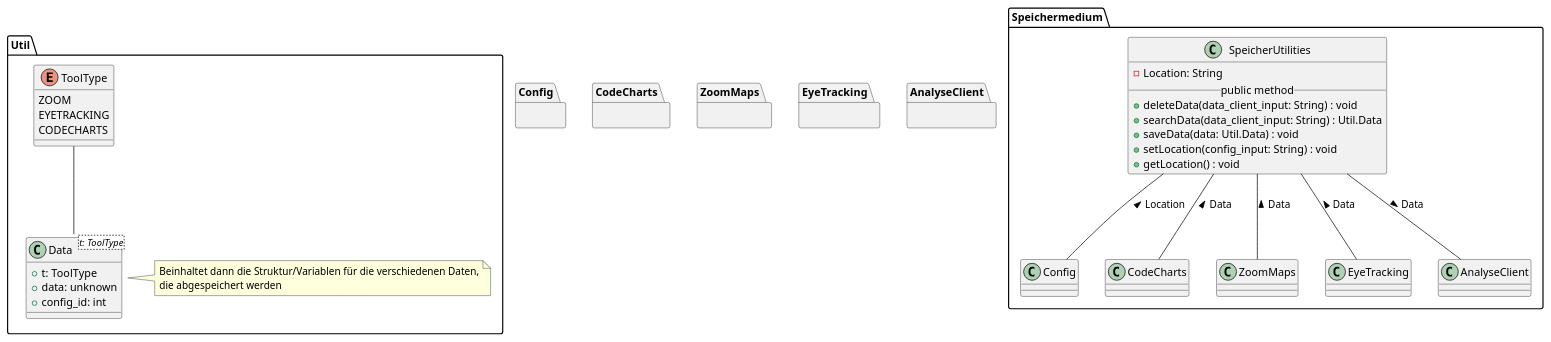
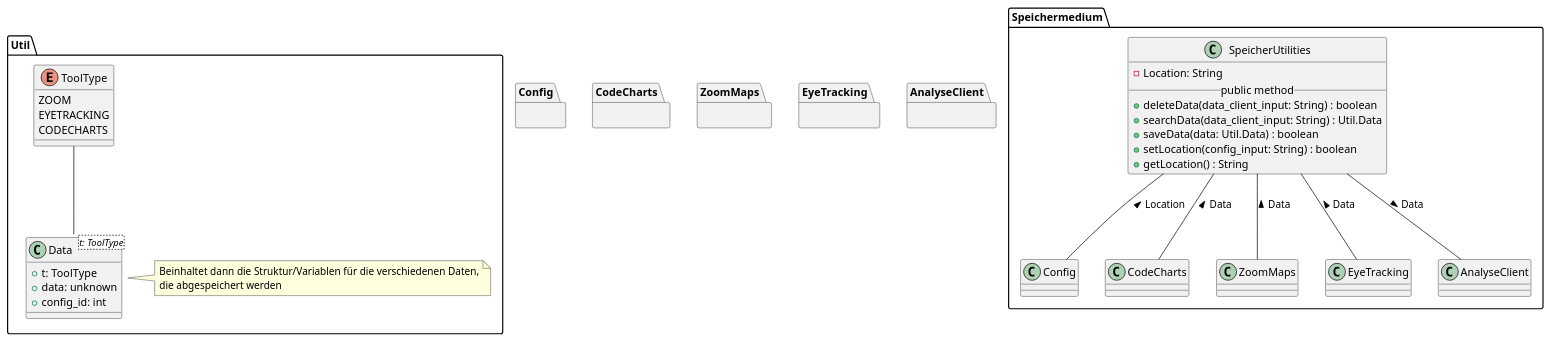
Before and after one commit to weichware10/meilensteine: the diagram in meilenstein_03/uml-speichermedium/speichermedium.puml, drawn with PlantUML.

Commit message:
Datentypen der Funktionen geändert

```diff
--- a/meilenstein_03/uml-speichermedium/speichermedium.puml
+++ b/meilenstein_03/uml-speichermedium/speichermedium.puml
@@ -1,54 +1,54 @@
 @startuml speichermedium
 ' === Speichermedium ===
 package Speichermedium {
     ' SpeicherUtilities
     class SpeicherUtilities {
         - Location: String
         __public method__
-        + deleteData(data_client_input: String) : void
+        + deleteData(data_client_input: String) : boolean
         + searchData(data_client_input: String) : Util.Data
-        + saveData(data: Util.Data) : void
-        + setLocation(config_input: String) : void
-        + getLocation() : void
+        + saveData(data: Util.Data) : boolean
+        + setLocation(config_input: String) : boolean
+        + getLocation() : String
     }
 
     ' Andere Module
     SpeicherUtilities -- Config : < Location
     SpeicherUtilities -- CodeCharts : < Data
     SpeicherUtilities -- ZoomMaps : < Data
     SpeicherUtilities -- EyeTracking : < Data
     SpeicherUtilities -- AnalyseClient : > Data
 }
 
 package Util {
 
     class Data<t: ToolType> {
         + t: ToolType
         + data: unknown
         + config_id: int
     }
 
     note right of Data
         Beinhaltet dann die Struktur/Variablen für die verschiedenen Daten,
         die abgespeichert werden
     end note
 
     ' Interaktionen
     ToolType -- Data::type
 
     ' ToolType
     enum ToolType {
         ZOOM
         EYETRACKING
         CODECHARTS
     }
 
 }
 ' Blackboxen / Andere Module
 package Config {}
 package CodeCharts {}
 package ZoomMaps {}
 package EyeTracking {}
 package AnalyseClient {}
 
 @enduml
```
